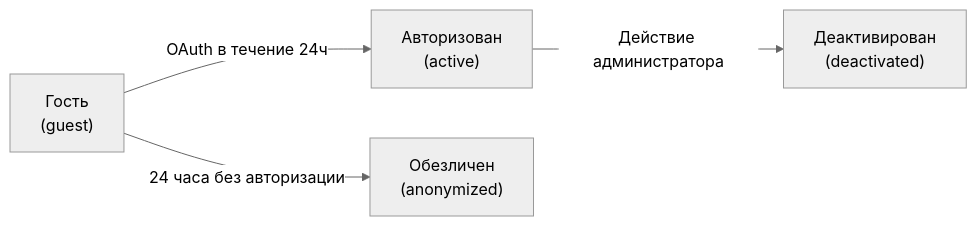
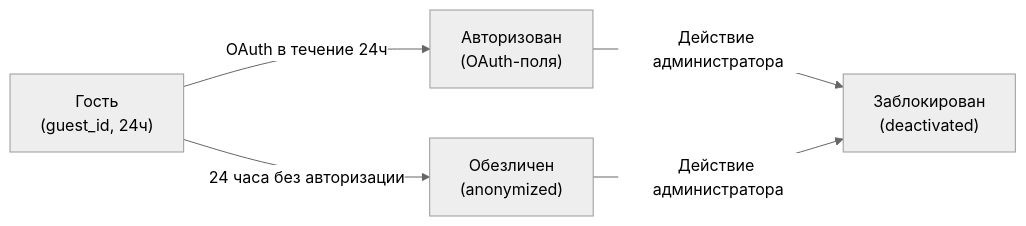
The first of 8 diagrams in docs/concept/explanatory-note.md (atlassys-smm/RZN), drawn with Mermaid (neutral theme) before and after one commit. The commit also changed other lines of this file and 34 other files, not shown here.

````diff
--- a/docs/concept/explanatory-note.md
+++ b/docs/concept/explanatory-note.md
@@ -48,6 +48,7 @@
 ```mermaid
 flowchart LR
-    A["Гость<br/>(guest)"] -->|"OAuth в течение 24ч"| B["Авторизован<br/>(active)"]
+    A["Гость<br/>(guest_id, 24ч)"] -->|"OAuth в течение 24ч"| B["Авторизован<br/>(OAuth-поля)"]
     A -->|"24 часа без авторизации"| C["Обезличен<br/>(anonymized)"]
-    B -->|"Действие администратора"| D["Деактивирован<br/>(deactivated)"]
+    B -->|"Действие администратора"| D["Заблокирован<br/>(deactivated)"]
+    C -->|"Действие администратора"| D
 ```
````
